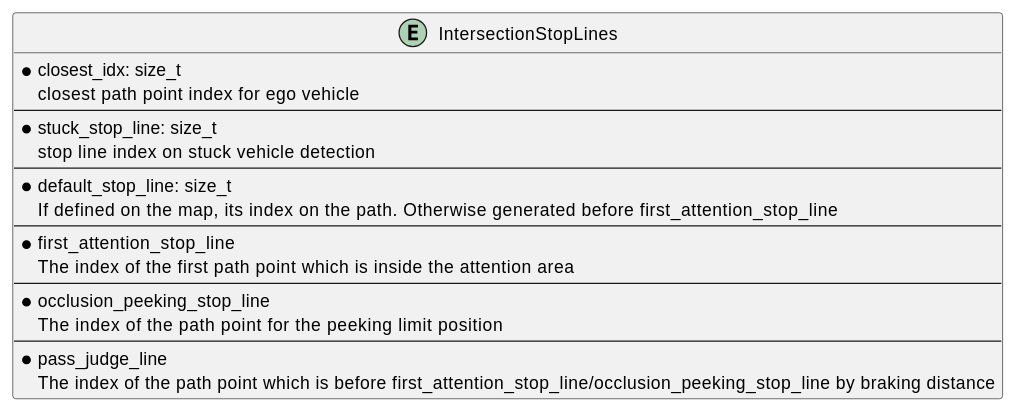
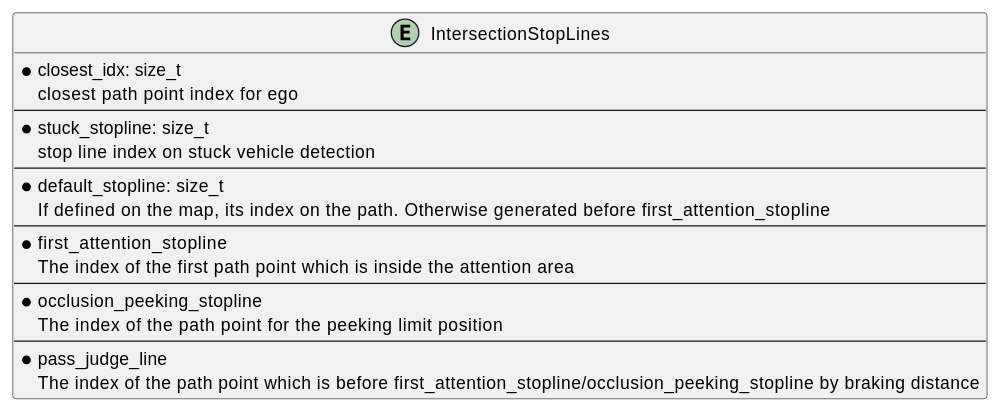
One commit to autowarefoundation/autoware changed the third of 5 diagrams in planning/behavior_velocity_intersection_module/README.md. Above: the diagram before and after it, drawn with PlantUML. The commit also changed other lines of this file and 20 other files, not shown here.

````diff
--- a/planning/behavior_velocity_intersection_module/README.md
+++ b/planning/behavior_velocity_intersection_module/README.md
@@ -160,23 +323,23 @@
 ```plantuml
 @startuml
 entity IntersectionStopLines {
   * closest_idx: size_t
-  closest path point index for ego vehicle
+  closest path point index for ego
   --
-  * stuck_stop_line: size_t
+  * stuck_stopline: size_t
   stop line index on stuck vehicle detection
   --
-  * default_stop_line: size_t
-  If defined on the map, its index on the path. Otherwise generated before first_attention_stop_line
+  * default_stopline: size_t
+  If defined on the map, its index on the path. Otherwise generated before first_attention_stopline
   --
-  * first_attention_stop_line
+  * first_attention_stopline
   The index of the first path point which is inside the attention area
   --
-  * occlusion_peeking_stop_line
+  * occlusion_peeking_stopline
   The index of the path point for the peeking limit position
   --
   * pass_judge_line
-  The index of the path point which is before first_attention_stop_line/occlusion_peeking_stop_line by braking distance
+  The index of the path point which is before first_attention_stopline/occlusion_peeking_stopline by braking distance
 }
 @enduml
 ```
````
